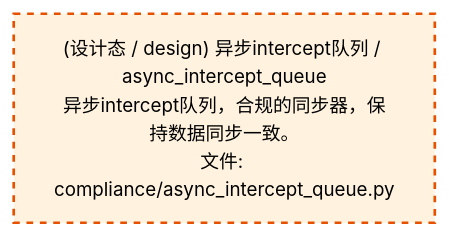
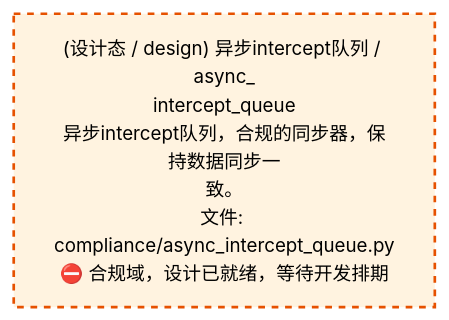
Before and after one commit to xuanFelixVan/ZephyrAlpha: the third of 4 diagrams in docs/02_enterprise_architecture/02_domain_architecture_docs/38_d_compliance.md, drawn with Mermaid. The commit also changed other lines of this file and 61 other files, not shown here.

````diff
--- a/docs/02_enterprise_architecture/02_domain_architecture_docs/38_d_compliance.md
+++ b/docs/02_enterprise_architecture/02_domain_architecture_docs/38_d_compliance.md
@@ -109,10 +109,10 @@
 ```mermaid
 %%{init: {'theme': 'base', 'themeVariables': {'primaryColor': '#eaeaea', 'primaryTextColor': '#333333', 'primaryBorderColor': '#666666', 'lineColor': '#666666', 'secondaryColor': '#eaeaea', 'tertiaryColor': '#eaeaea', 'fontSize': '14px'}}}%%
 flowchart TD
-    src_zephyr_compliance_async_intercept_queue_py["(设计态 / design) 异步intercept队列 / async_intercept_queue<br/>异步intercept队列，合规的同步器，保持数据同步一致。<br/>文件: compliance/async_intercept_queue.py"]
+    src_zephyr_compliance_async_intercept_queue_py["(设计态 / design) 异步intercept队列 / async_<br/>intercept_queue<br/>异步intercept队列，合规的同步器，保持数据同步一<br/>致。<br/>文件: compliance/async_intercept_queue.py<br/>⛔ 合规域，设计已就绪，等待开发排期"]
     classDef production fill:#e1f5fe,stroke:#01579b,stroke-width:2px,color:#000
     classDef design fill:#fff3e0,stroke:#e65100,stroke-width:2px,color:#000,stroke-dasharray: 5 5
     classDef external_prod fill:#e8f4fd,stroke:#0277bd,stroke-width:1px,color:#000
     classDef external_design fill:#fff8e7,stroke:#ef6c00,stroke-width:1px,color:#000,stroke-dasharray: 5 5
     class src_zephyr_compliance_async_intercept_queue_py design
 ```
````
